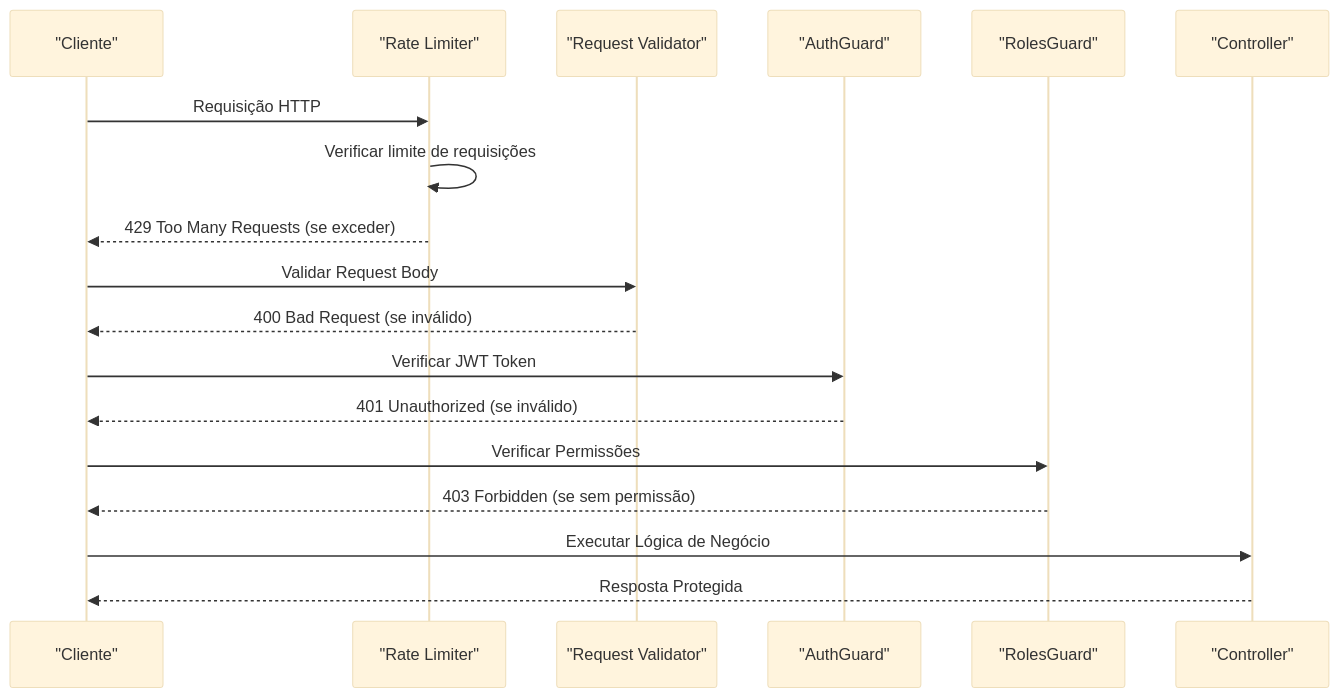
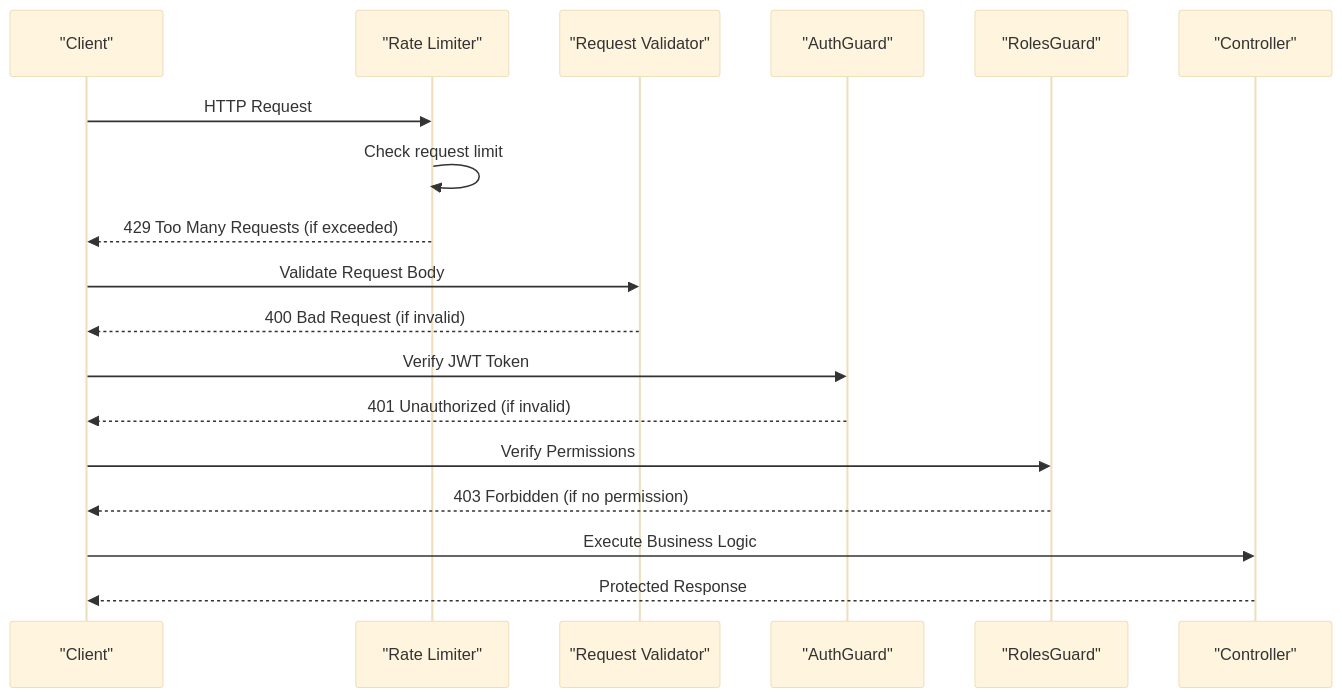
One commit to RobertRuas/windlog changed the seventh of 10 diagrams in .qoder/repowiki/en/content/Segurança e Autenticação.md. Above: the diagram before and after it, drawn with Mermaid (base theme). The commit also changed other lines of this file and 136 other files, not shown here.

````diff
--- a/.qoder/repowiki/en/content/Segurança e Autenticação.md
+++ b/.qoder/repowiki/en/content/Segurança e Autenticação.md
@@ -315,20 +325,20 @@
 ```mermaid
 sequenceDiagram
-participant Client as "Cliente"
+participant Client as "Client"
 participant RateLimit as "Rate Limiter"
 participant Validator as "Request Validator"
 participant AuthGuard as "AuthGuard"
 participant RolesGuard as "RolesGuard"
 participant Controller as "Controller"
-Client->>RateLimit : Requisição HTTP
-RateLimit->>RateLimit : Verificar limite de requisições
-RateLimit-->>Client : 429 Too Many Requests (se exceder)
-Client->>Validator : Validar Request Body
-Validator-->>Client : 400 Bad Request (se inválido)
-Client->>AuthGuard : Verificar JWT Token
-AuthGuard-->>Client : 401 Unauthorized (se inválido)
-Client->>RolesGuard : Verificar Permissões
-RolesGuard-->>Client : 403 Forbidden (se sem permissão)
-Client->>Controller : Executar Lógica de Negócio
-Controller-->>Client : Resposta Protegida
+Client->>RateLimit : HTTP Request
+RateLimit->>RateLimit : Check request limit
+RateLimit-->>Client : 429 Too Many Requests (if exceeded)
+Client->>Validator : Validate Request Body
+Validator-->>Client : 400 Bad Request (if invalid)
+Client->>AuthGuard : Verify JWT Token
+AuthGuard-->>Client : 401 Unauthorized (if invalid)
+Client->>RolesGuard : Verify Permissions
+RolesGuard-->>Client : 403 Forbidden (if no permission)
+Client->>Controller : Execute Business Logic
+Controller-->>Client : Protected Response
 ```
````
